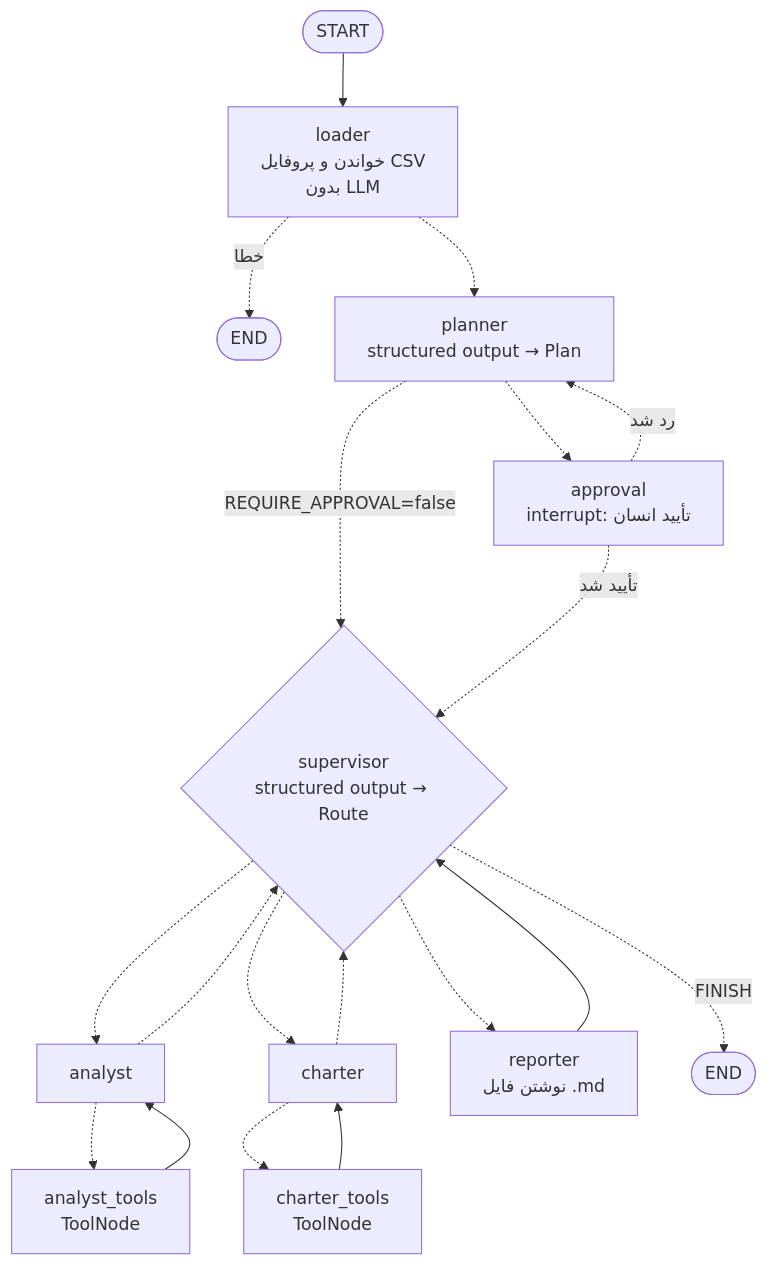
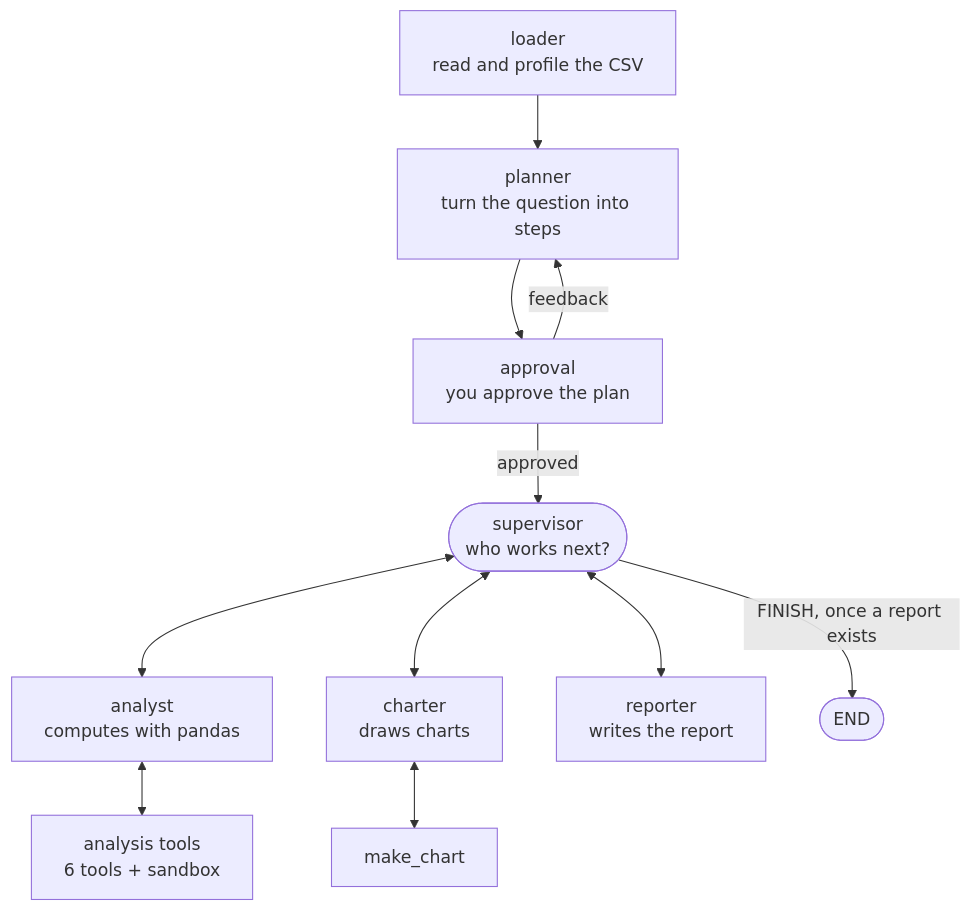
Before and after one commit to hamidram71/aiagentsPy: the diagram in README.md, drawn with Mermaid. The commit also changed other lines of this file and 3 other files, not shown here.

````diff
--- a/README.md
+++ b/README.md
@@ -156,22 +60,13 @@
 ```mermaid
-graph TD
-    START([START]) --> loader
-    loader[loader<br/>خواندن و پروفایل CSV<br/>بدون LLM] -.->|خطا| END1([END])
-    loader -.-> planner
-    planner[planner<br/>structured output → Plan] -.-> approval
-    planner -.->|REQUIRE_APPROVAL=false| supervisor
-    approval[approval<br/>interrupt: تأیید انسان] -.->|رد شد| planner
-    approval -.->|تأیید شد| supervisor
-    supervisor{supervisor<br/>structured output → Route}
-    supervisor -.-> analyst
-    supervisor -.-> charter
-    supervisor -.-> reporter
-    supervisor -.->|FINISH| END2([END])
-    analyst[analyst] -.-> analyst_tools[analyst_tools<br/>ToolNode]
-    analyst_tools --> analyst
-    analyst -.-> supervisor
-    charter[charter] -.-> charter_tools[charter_tools<br/>ToolNode]
-    charter_tools --> charter
-    charter -.-> supervisor
-    reporter[reporter<br/>نوشتن فایل .md] --> supervisor
+flowchart TD
+    loader["loader<br/>read and profile the CSV"] --> planner["planner<br/>turn the question into steps"]
+    planner --> approval["approval<br/>you approve the plan"]
+    approval -- feedback --> planner
+    approval -- approved --> supervisor(["supervisor<br/>who works next?"])
+    supervisor <--> analyst["analyst<br/>computes with pandas"]
+    supervisor <--> charter["charter<br/>draws charts"]
+    supervisor <--> reporter["reporter<br/>writes the report"]
+    analyst <--> analyst_tools["analysis tools<br/>6 tools + sandbox"]
+    charter <--> charter_tools["make_chart"]
+    supervisor -- "FINISH, once a report exists" --> done([END])
 ```
````
